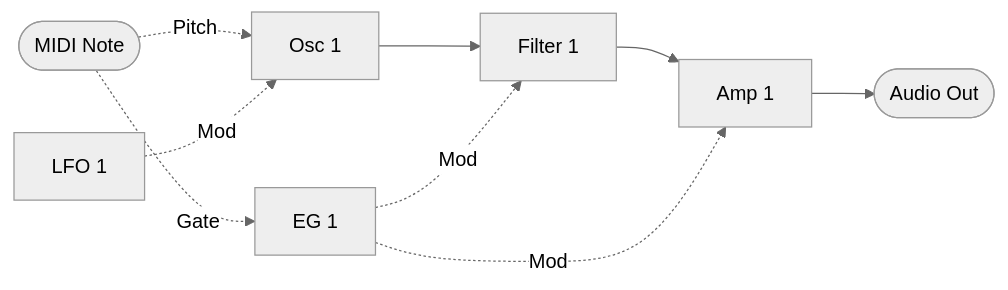
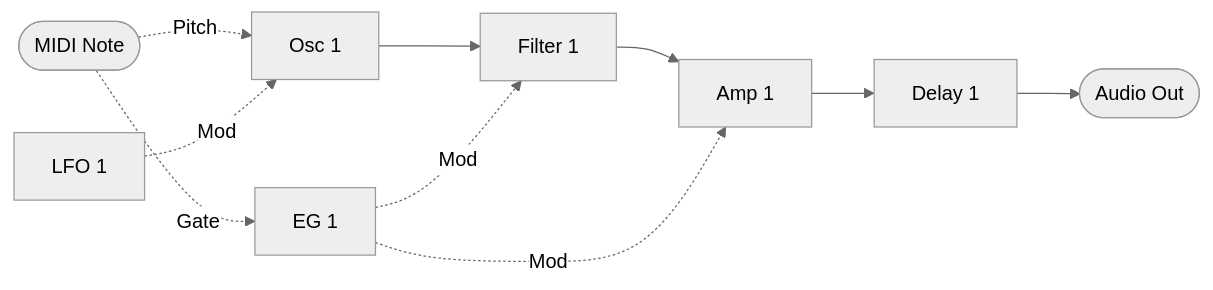
One commit to risgk/midi_synthesizer_spms1 changed the first of 5 diagrams in spms1_type1/README.ja.md. Above: the diagram before and after it, drawn with Mermaid (neutral theme). The commit also changed other lines of this file and 7 other files, not shown here.

````diff
--- a/spms1_type1/README.ja.md
+++ b/spms1_type1/README.ja.md
@@ -157,20 +158,22 @@
 ```mermaid
 flowchart LR
   NOTE([MIDI Note])
   LFO[LFO 1]
   EG[EG 1]
   OSC[Osc 1]
   FILTER[Filter 1]
   AMP[Amp 1]
+  DELAY[Delay 1]
   OUT([Audio Out])
 
   OSC --> FILTER
   FILTER --> AMP
-  AMP --> OUT
+  AMP --> DELAY
+  DELAY --> OUT
 
   NOTE -. Gate .-> EG
   NOTE -. Pitch .-> OSC
   LFO -. Mod .-> OSC
   EG -. Mod .-> FILTER
   EG -. Mod .-> AMP
 ```
````
